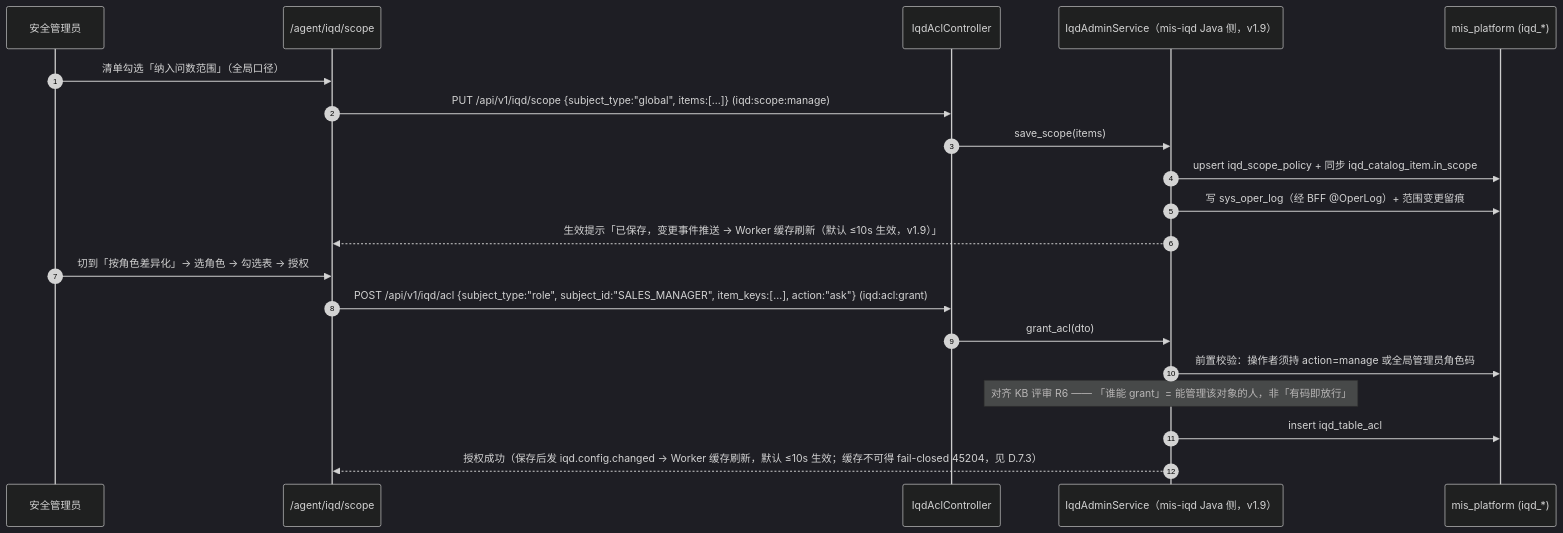
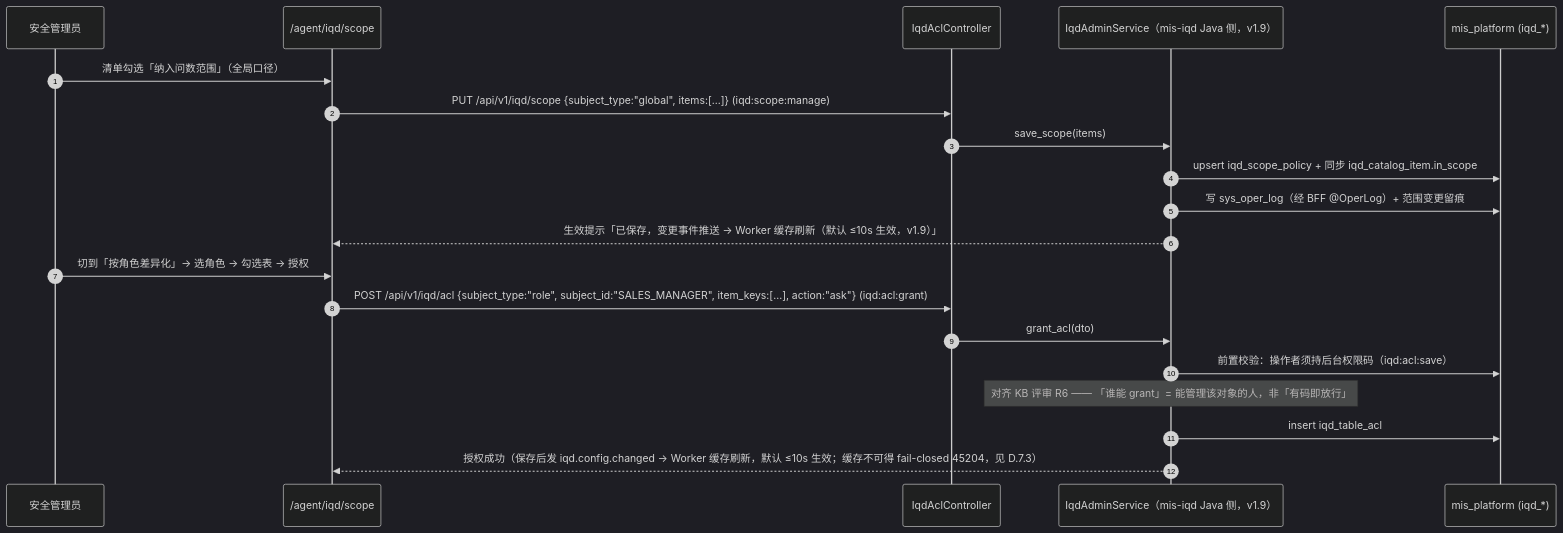
The ninth of 12 diagrams in docs/ai-fusion/wrenai/architecture.md (13961588612/mis-platform), drawn with Mermaid (dark theme) before and after one commit. The commit also changed other lines of this file and 1 other file, not shown here.

First line of the commit message:
docs(iqd): 范围与表级 ACL 语义收敛方案 A + V114 约束收敛到 ask-only

````diff
--- a/docs/ai-fusion/wrenai/architecture.md
+++ b/docs/ai-fusion/wrenai/architecture.md
@@ -1995,24 +1994,24 @@
 ```mermaid
 sequenceDiagram
     autonumber
     participant SEC as 安全管理员
     participant SP as /agent/iqd/scope
     participant BFF as IqdAclController
     participant SVC as IqdAdminService（mis-iqd Java 侧，v1.9）
     participant DB as mis_platform (iqd_*)
 
     SEC->>SP: 清单勾选「纳入问数范围」（全局口径）
     SP->>BFF: PUT /api/v1/iqd/scope {subject_type:"global", items:[...]} (iqd:scope:manage)
     BFF->>SVC: save_scope(items)
     SVC->>DB: upsert iqd_scope_policy + 同步 iqd_catalog_item.in_scope
     SVC->>DB: 写 sys_oper_log（经 BFF @OperLog）+ 范围变更留痕
     SVC-->>SP: 生效提示「已保存，变更事件推送 → Worker 缓存刷新（默认 ≤10s 生效，v1.9）」
 
     SEC->>SP: 切到「按角色差异化」→ 选角色 → 勾选表 → 授权
     SP->>BFF: POST /api/v1/iqd/acl {subject_type:"role", subject_id:"SALES_MANAGER", item_keys:[...], action:"ask"} (iqd:acl:grant)
     BFF->>SVC: grant_acl(dto)
-    SVC->>DB: 前置校验：操作者须持 action=manage 或全局管理员角色码
+    SVC->>DB: 前置校验：操作者须持后台权限码（iqd:acl:save）
     Note over SVC: 对齐 KB 评审 R6 —— 「谁能 grant」= 能管理该对象的人，非「有码即放行」
     SVC->>DB: insert iqd_table_acl
     SVC-->>SP: 授权成功（保存后发 iqd.config.changed → Worker 缓存刷新，默认 ≤10s 生效；缓存不可得 fail-closed 45204，见 D.7.3）
 ```
````
